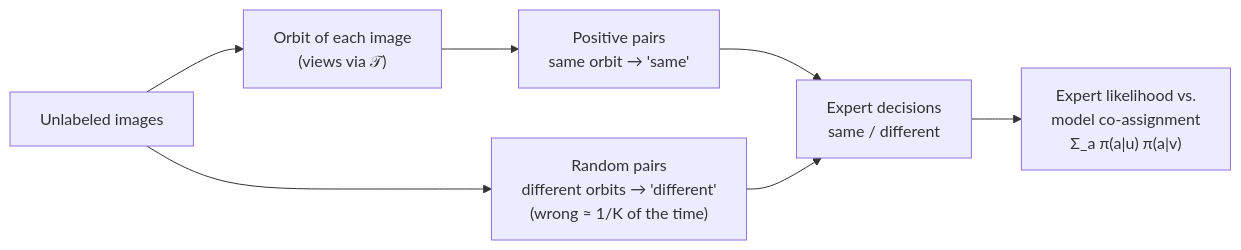
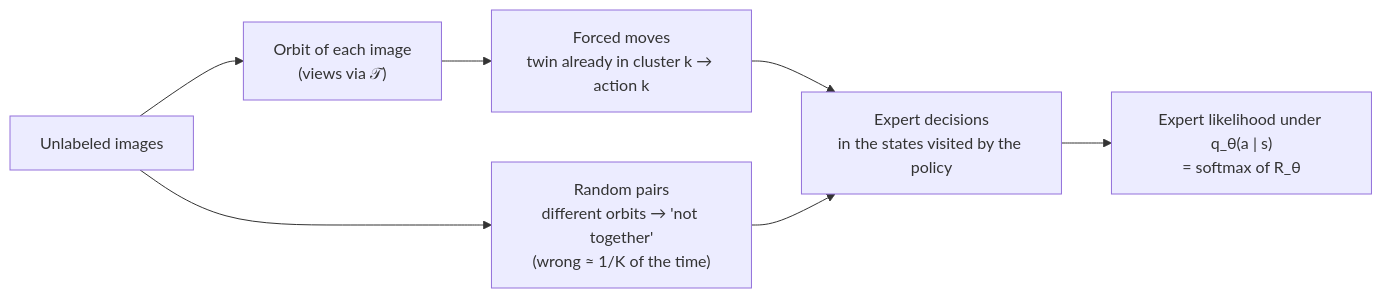
The second of 2 diagrams in README.md (Josh012006/CIB-IRL), drawn with Mermaid before and after one commit. The commit also changed other lines of this file, not shown here.

Commit message:
Changed the reward and policy relationship and utility here.

````diff
--- a/README.md
+++ b/README.md
@@ -213,9 +226,9 @@
 ```mermaid
 flowchart LR
     X["Unlabeled images"] --> O["Orbit of each image<br/>(views via 𝒯)"]
-    O --> P["Positive pairs<br/>same orbit → 'same'"]
-    X --> N["Random pairs<br/>different orbits → 'different'<br/>(wrong ≈ 1/K of the time)"]
-    P --> E["Expert decisions<br/>same / different"]
+    O --> F["Forced moves<br/>twin already in cluster k → action k"]
+    X --> N["Random pairs<br/>different orbits → 'not together'<br/>(wrong ≈ 1/K of the time)"]
+    F --> E["Expert decisions<br/>in the states visited by the policy"]
     N --> E
-    E --> L["Expert likelihood vs.<br/>model co-assignment<br/>Σ_a π(a|u) π(a|v)"]
+    E --> L["Expert likelihood under q_θ(a | s)<br/>= softmax of R_θ"]
 ```
````
